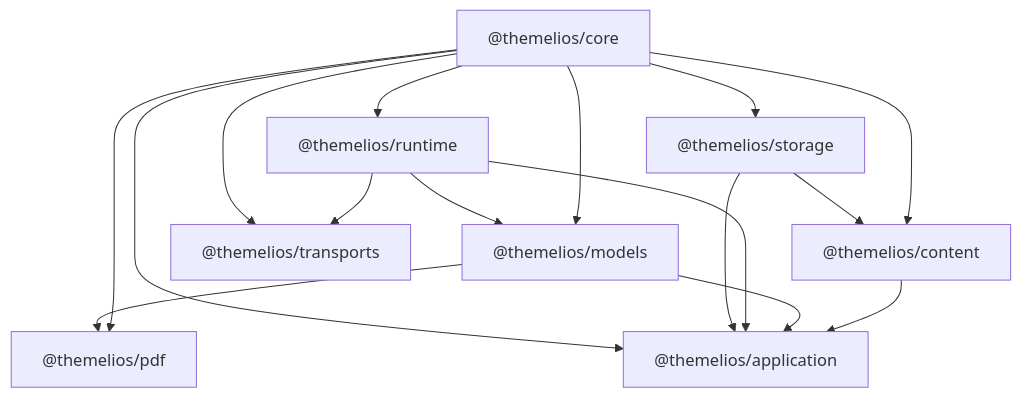
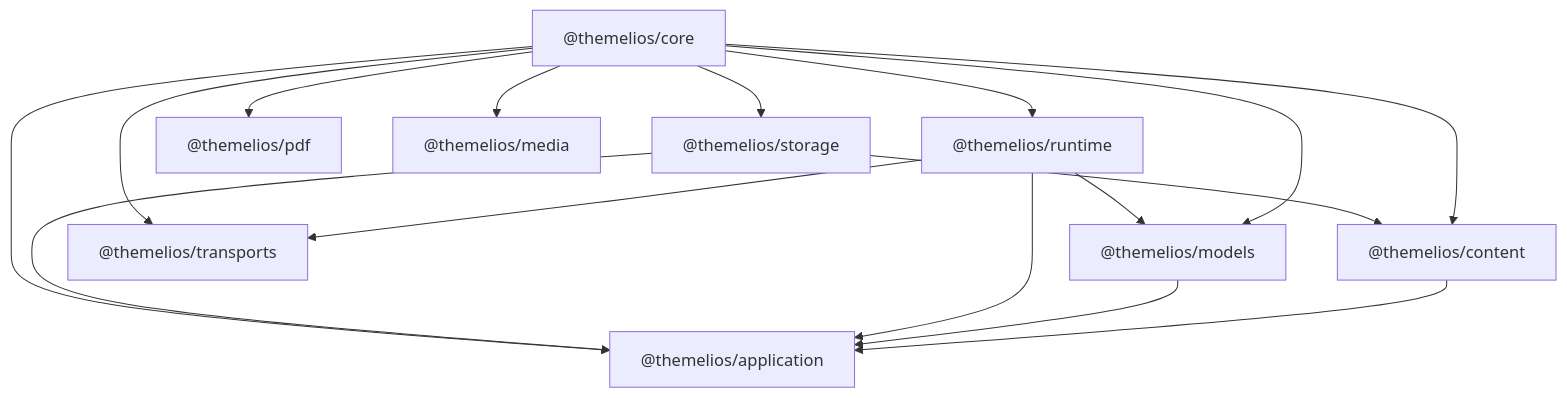
The diagram in docs/design/architecture.md (ArsvineZhu/Themelios), drawn with Mermaid before and after one commit. The commit also changed other lines of this file and 190 other files, not shown here.

````diff
--- a/docs/design/architecture.md
+++ b/docs/design/architecture.md
@@ -5,18 +5,18 @@
 ```mermaid
 flowchart TD
   Core["@themelios/core"] --> Runtime["@themelios/runtime"]
   Core --> Storage["@themelios/storage"]
   Core --> Content["@themelios/content"]
   Storage --> Content
   Core --> Models["@themelios/models"]
   Runtime --> Models
   Core --> Pdf["@themelios/pdf"]
-  Models --> Pdf
+  Core --> Media["@themelios/media"]
   Content --> App["@themelios/application"]
   Models --> App
   Runtime --> App
   Storage --> App
   Core --> App
   Runtime --> Transports["@themelios/transports"]
   Core --> Transports
 ```
````
